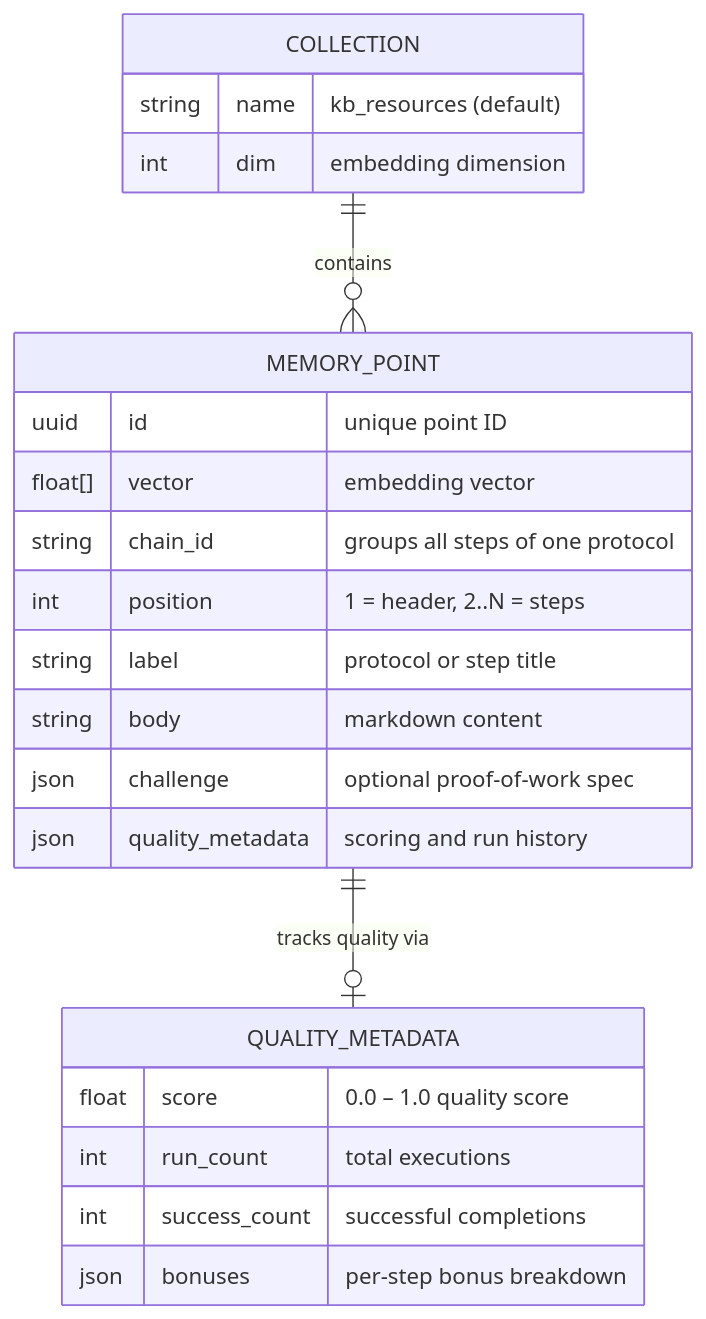
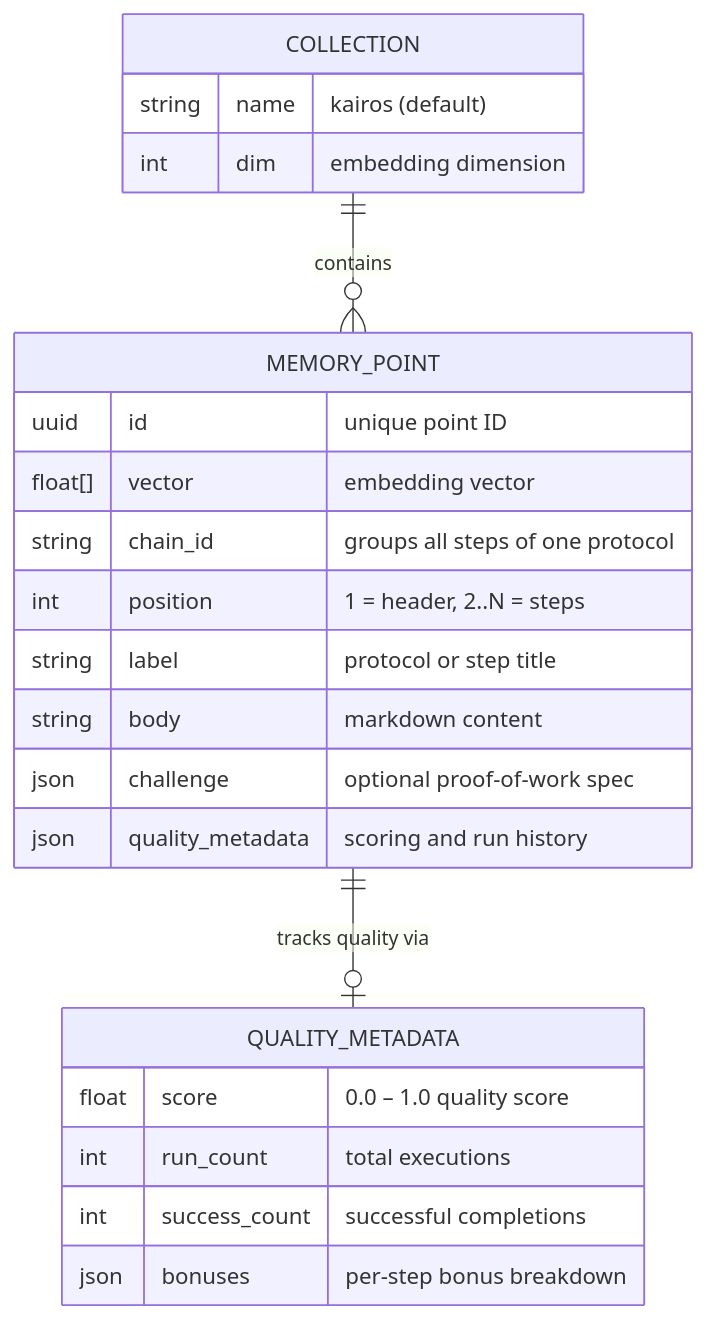
One commit to debian777/kairos-mcp changed the fourth of 5 diagrams in docs/architecture/infrastructure.md. Above: the diagram before and after it, drawn with Mermaid. The commit also changed other lines of this file and 7 other files, not shown here.

First line of the commit message:
fix: kb_resources → kairos, env loading for CI, QDRANT_API_KEY in secrets

````diff
--- a/docs/architecture/infrastructure.md
+++ b/docs/architecture/infrastructure.md
@@ -314,28 +314,28 @@
 ```mermaid
 erDiagram
     COLLECTION {
-        string name   "kb_resources (default)"
+        string name   "kairos (default)"
         int    dim    "embedding dimension"
     }
 
     MEMORY_POINT {
         uuid    id               "unique point ID"
         float[] vector           "embedding vector"
         string  chain_id         "groups all steps of one protocol"
         int     position         "1 = header, 2..N = steps"
         string  label            "protocol or step title"
         string  body             "markdown content"
         json    challenge        "optional proof-of-work spec"
         json    quality_metadata "scoring and run history"
     }
 
     QUALITY_METADATA {
         float   score            "0.0 – 1.0 quality score"
         int     run_count        "total executions"
         int     success_count    "successful completions"
         json    bonuses          "per-step bonus breakdown"
     }
 
     COLLECTION     ||--o{ MEMORY_POINT    : "contains"
     MEMORY_POINT   ||--o| QUALITY_METADATA : "tracks quality via"
 ```
````
